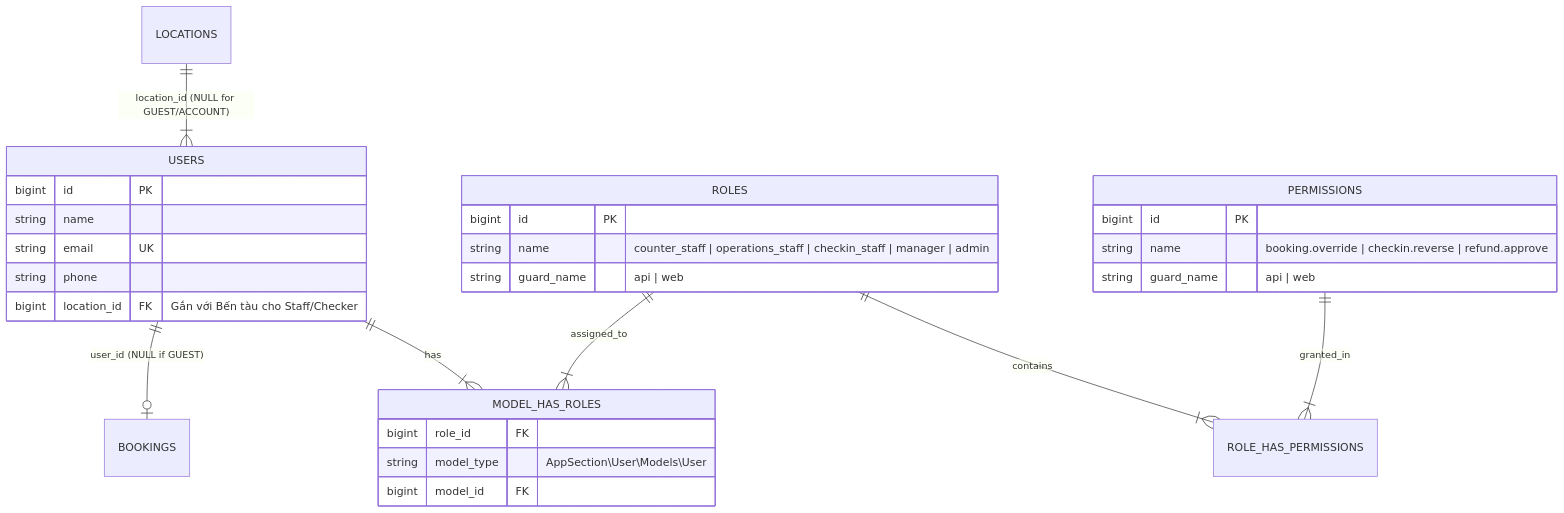
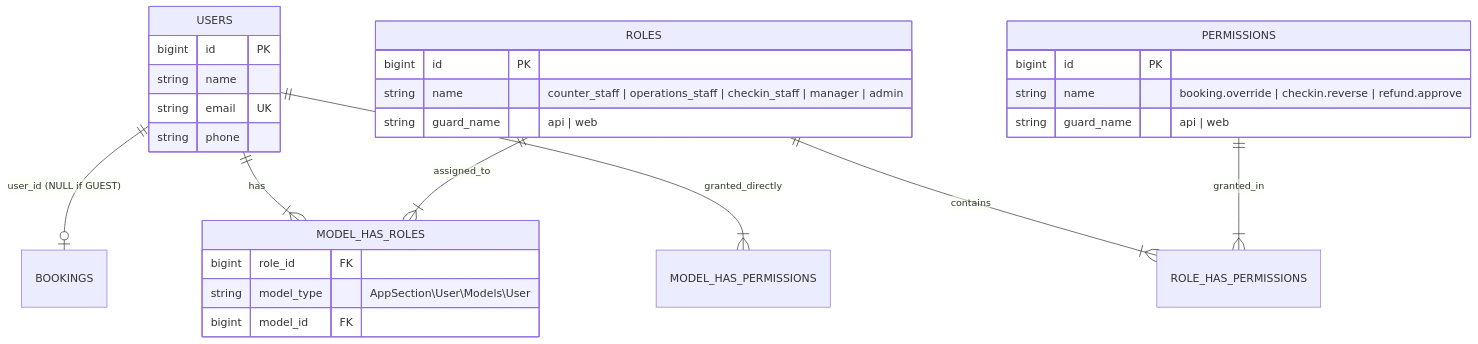
Before and after one commit to tomone2kd000-ux/superdong-booking-system: the second of 2 diagrams in content/docs/chuong-00-tong-quan-nghiep-vu-kien-truc/02-strategic-domain-va-bounded-contexts.mdx, drawn with Mermaid. The commit also changed other lines of this file and 10 other files, not shown here.

Commit message:
docs: align Porto Action/Task rules, Logical ERD entities, Spatie Global RBAC, 9 Figma screens, and candidate proposals

````diff
--- a/content/docs/chuong-00-tong-quan-nghiep-vu-kien-truc/02-strategic-domain-va-bounded-contexts.mdx
+++ b/content/docs/chuong-00-tong-quan-nghiep-vu-kien-truc/02-strategic-domain-va-bounded-contexts.mdx
@@ -91,35 +88,34 @@
 ```mermaid
 erDiagram
     USERS ||--o| BOOKINGS : "user_id (NULL if GUEST)"
-    LOCATIONS ||--|{ USERS : "location_id (NULL for GUEST/ACCOUNT)"
     USERS ||--|{ MODEL_HAS_ROLES : has
     ROLES ||--|{ MODEL_HAS_ROLES : assigned_to
     ROLES ||--|{ ROLE_HAS_PERMISSIONS : contains
     PERMISSIONS ||--|{ ROLE_HAS_PERMISSIONS : granted_in
+    USERS ||--|{ MODEL_HAS_PERMISSIONS : granted_directly
 
     USERS {
         bigint id PK
         string name
         string email UK
         string phone
-        bigint location_id FK "Gắn với Bến tàu cho Staff/Checker"
     }
 
     ROLES {
         bigint id PK
         string name "counter_staff | operations_staff | checkin_staff | manager | admin"
         string guard_name "api | web"
     }
 
     PERMISSIONS {
         bigint id PK
         string name "booking.override | checkin.reverse | refund.approve"
         string guard_name "api | web"
     }
 
     MODEL_HAS_ROLES {
         bigint role_id FK
         string model_type "AppSection\\User\\Models\\User"
         bigint model_id FK
     }
 ```
````
